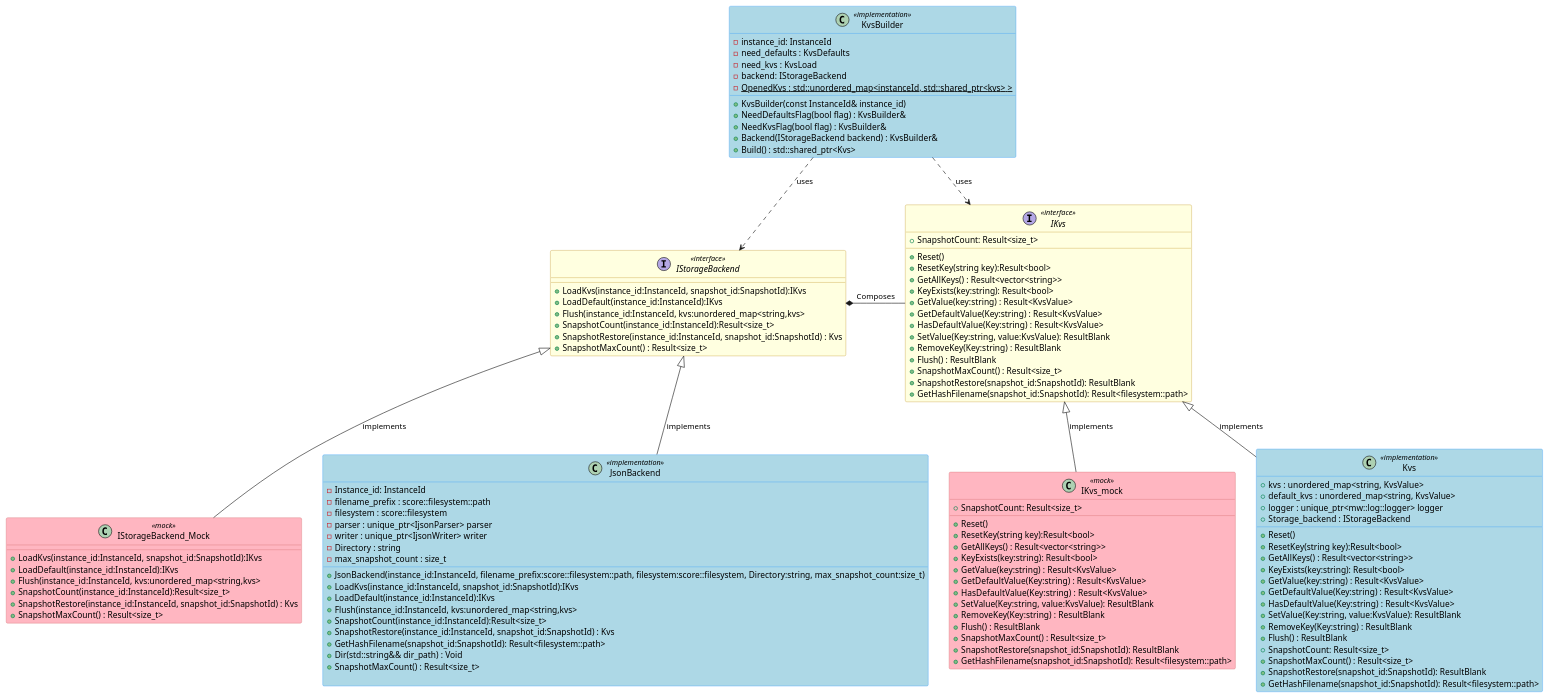
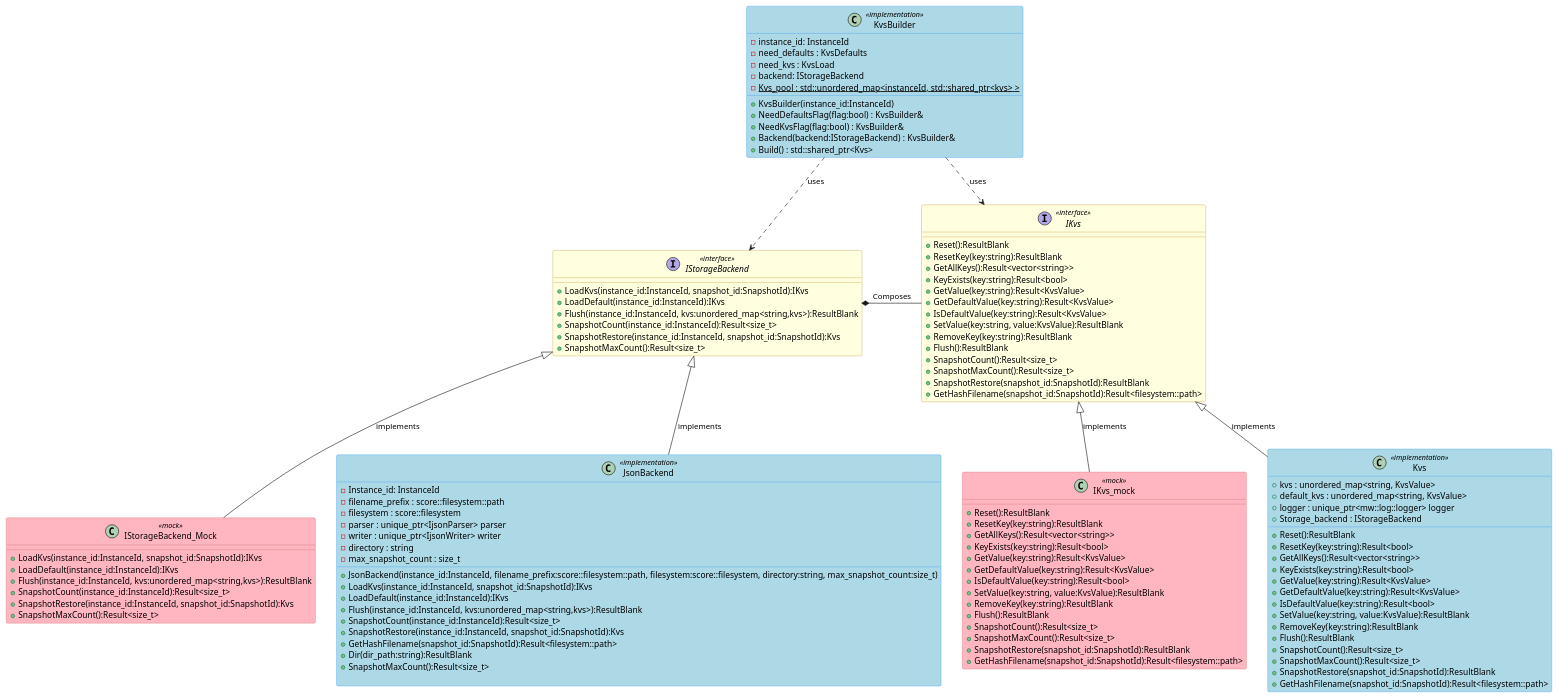
Before and after one commit to Ahmed-Elsaka-JC/inc_mw_per: the diagram in docs/Design/class_diagram_cpp.puml, drawn with PlantUML.

Commit message:
fix review points

```diff
--- a/docs/Design/class_diagram_cpp.puml
+++ b/docs/Design/class_diagram_cpp.puml
@@ -1,143 +1,143 @@
 @startuml ScorePersistencyKvsDesign
 
 ' Define color schemes matching original design
 skinparam class {
     BackgroundColor<<interface>> LightYellow
     BorderColor<<interface>> DarkGoldenRod
     BackgroundColor<<implementation>> LightBlue
     BorderColor<<implementation>> DodgerBlue
     BackgroundColor<<mock>> LightPink
     BorderColor<<mock>> IndianRed
 }
 
 class KvsBuilder <<implementation>> {
     - instance_id: InstanceId
     - need_defaults : KvsDefaults
     - need_kvs : KvsLoad
     - backend: IStorageBackend
-    - {static} OpenedKvs : std::unordered_map<instanceId, std::shared_ptr<kvs> >
+    - {static} Kvs_pool : std::unordered_map<instanceId, std::shared_ptr<kvs> >
     __
-    + KvsBuilder(const InstanceId& instance_id)
-    + NeedDefaultsFlag(bool flag) : KvsBuilder&
-    + NeedKvsFlag(bool flag) : KvsBuilder&
-    + Backend(IStorageBackend backend) : KvsBuilder&
+    + KvsBuilder(instance_id:InstanceId)
+    + NeedDefaultsFlag(flag:bool) : KvsBuilder&
+    + NeedKvsFlag(flag:bool) : KvsBuilder&
+    + Backend(backend:IStorageBackend) : KvsBuilder&
     + Build() : std::shared_ptr<Kvs>
 }
 
 
 
 interface IStorageBackend <<interface>> {
     + LoadKvs(instance_id:InstanceId, snapshot_id:SnapshotId):IKvs
     + LoadDefault(instance_id:InstanceId):IKvs
-    + Flush(instance_id:InstanceId, kvs:unordered_map<string,kvs>
+    + Flush(instance_id:InstanceId, kvs:unordered_map<string,kvs>):ResultBlank
     + SnapshotCount(instance_id:InstanceId):Result<size_t>
-    + SnapshotRestore(instance_id:InstanceId, snapshot_id:SnapshotId) : Kvs
-    + SnapshotMaxCount() : Result<size_t>
+    + SnapshotRestore(instance_id:InstanceId, snapshot_id:SnapshotId):Kvs
+    + SnapshotMaxCount():Result<size_t>
 }
 
 interface IKvs <<interface>> {
-    + Reset()
-    + ResetKey(string key):Result<bool>
-    + GetAllKeys() : Result<vector<string>>
-    + KeyExists(key:string): Result<bool>
-    + GetValue(key:string) : Result<KvsValue>
-    + GetDefaultValue(Key:string) : Result<KvsValue>
-    + HasDefaultValue(Key:string) : Result<KvsValue>
-    + SetValue(Key:string, value:KvsValue): ResultBlank
-    + RemoveKey(Key:string) : ResultBlank
-    + Flush() : ResultBlank
-    + SnapshotCount: Result<size_t>
-    + SnapshotMaxCount() : Result<size_t>
-    + SnapshotRestore(snapshot_id:SnapshotId): ResultBlank
-    + GetHashFilename(snapshot_id:SnapshotId): Result<filesystem::path>
+    + Reset():ResultBlank
+    + ResetKey(key:string):ResultBlank
+    + GetAllKeys():Result<vector<string>>
+    + KeyExists(key:string):Result<bool>
+    + GetValue(key:string):Result<KvsValue>
+    + GetDefaultValue(key:string):Result<KvsValue>
+    + IsDefaultValue(key:string):Result<KvsValue>
+    + SetValue(key:string, value:KvsValue):ResultBlank
+    + RemoveKey(key:string):ResultBlank
+    + Flush():ResultBlank
+    + SnapshotCount():Result<size_t>
+    + SnapshotMaxCount():Result<size_t>
+    + SnapshotRestore(snapshot_id:SnapshotId):ResultBlank
+    + GetHashFilename(snapshot_id:SnapshotId):Result<filesystem::path>
 }
 
 
 IStorageBackend -[hidden]right- IKvs
 IStorageBackend_Mock -[hidden]right- JsonBackend
 JsonBackend -[hidden]right- IKvs_mock
 IKvs_mock -[hidden]right- Kvs
 
 
 class IStorageBackend_Mock <<mock>> {
     + LoadKvs(instance_id:InstanceId, snapshot_id:SnapshotId):IKvs
     + LoadDefault(instance_id:InstanceId):IKvs
-    + Flush(instance_id:InstanceId, kvs:unordered_map<string,kvs>
+    + Flush(instance_id:InstanceId, kvs:unordered_map<string,kvs>):ResultBlank
     + SnapshotCount(instance_id:InstanceId):Result<size_t>
-    + SnapshotRestore(instance_id:InstanceId, snapshot_id:SnapshotId) : Kvs
-    + SnapshotMaxCount() : Result<size_t>
+    + SnapshotRestore(instance_id:InstanceId, snapshot_id:SnapshotId):Kvs
+    + SnapshotMaxCount():Result<size_t>
 }
 
 class JsonBackend <<implementation>> {
     - Instance_id: InstanceId
     - filename_prefix : score::filesystem::path
     - filesystem : score::filesystem
     - parser : unique_ptr<IjsonParser> parser
     - writer : unique_ptr<IjsonWriter> writer
-    - Directory : string
+    - directory : string
     - max_snapshot_count : size_t
     __
-    + JsonBackend(instance_id:InstanceId, filename_prefix:score::filesystem::path, filesystem:score::filesystem, Directory:string, max_snapshot_count:size_t)
+    + JsonBackend(instance_id:InstanceId, filename_prefix:score::filesystem::path, filesystem:score::filesystem, directory:string, max_snapshot_count:size_t)
     + LoadKvs(instance_id:InstanceId, snapshot_id:SnapshotId):IKvs
     + LoadDefault(instance_id:InstanceId):IKvs
-    + Flush(instance_id:InstanceId, kvs:unordered_map<string,kvs>
+    + Flush(instance_id:InstanceId, kvs:unordered_map<string,kvs>):ResultBlank
     + SnapshotCount(instance_id:InstanceId):Result<size_t>
-    + SnapshotRestore(instance_id:InstanceId, snapshot_id:SnapshotId) : Kvs
-    + GetHashFilename(snapshot_id:SnapshotId): Result<filesystem::path>
-    + Dir(std::string&& dir_path) : Void
-    + SnapshotMaxCount() : Result<size_t>
+    + SnapshotRestore(instance_id:InstanceId, snapshot_id:SnapshotId):Kvs
+    + GetHashFilename(snapshot_id:SnapshotId):Result<filesystem::path>
+    + Dir(dir_path:string):ResultBlank
+    + SnapshotMaxCount():Result<size_t>
 
 }
 
 class IKvs_mock <<mock>> {
-    + Reset()
-    + ResetKey(string key):Result<bool>
-    + GetAllKeys() : Result<vector<string>>
-    + KeyExists(key:string): Result<bool>
-    + GetValue(key:string) : Result<KvsValue>
-    + GetDefaultValue(Key:string) : Result<KvsValue>
-    + HasDefaultValue(Key:string) : Result<KvsValue>
-    + SetValue(Key:string, value:KvsValue): ResultBlank
-    + RemoveKey(Key:string) : ResultBlank
-    + Flush() : ResultBlank
-    + SnapshotCount: Result<size_t>
-    + SnapshotMaxCount() : Result<size_t>
-    + SnapshotRestore(snapshot_id:SnapshotId): ResultBlank
-    + GetHashFilename(snapshot_id:SnapshotId): Result<filesystem::path>
+    + Reset():ResultBlank
+    + ResetKey(key:string):ResultBlank
+    + GetAllKeys():Result<vector<string>>
+    + KeyExists(key:string):Result<bool>
+    + GetValue(key:string):Result<KvsValue>
+    + GetDefaultValue(key:string):Result<KvsValue>
+    + IsDefaultValue(key:string):Result<bool>
+    + SetValue(key:string, value:KvsValue):ResultBlank
+    + RemoveKey(key:string):ResultBlank
+    + Flush():ResultBlank
+    + SnapshotCount():Result<size_t>
+    + SnapshotMaxCount():Result<size_t>
+    + SnapshotRestore(snapshot_id:SnapshotId):ResultBlank
+    + GetHashFilename(snapshot_id:SnapshotId):Result<filesystem::path>
 }
 
 class Kvs <<implementation>> {
     + kvs : unordered_map<string, KvsValue>
     + default_kvs : unordered_map<string, KvsValue>
     + logger : unique_ptr<mw::log::logger> logger
     + Storage_backend : IStorageBackend
     __
-    + Reset()
-    + ResetKey(string key):Result<bool>
-    + GetAllKeys() : Result<vector<string>>
-    + KeyExists(key:string): Result<bool>
-    + GetValue(key:string) : Result<KvsValue>
-    + GetDefaultValue(Key:string) : Result<KvsValue>
-    + HasDefaultValue(Key:string) : Result<KvsValue>
-    + SetValue(Key:string, value:KvsValue): ResultBlank
-    + RemoveKey(Key:string) : ResultBlank
-    + Flush() : ResultBlank
-    + SnapshotCount: Result<size_t>
-    + SnapshotMaxCount() : Result<size_t>
-    + SnapshotRestore(snapshot_id:SnapshotId): ResultBlank
-    + GetHashFilename(snapshot_id:SnapshotId): Result<filesystem::path>
+    + Reset():ResultBlank
+    + ResetKey(key:string):Result<bool>
+    + GetAllKeys():Result<vector<string>>
+    + KeyExists(key:string):Result<bool>
+    + GetValue(key:string):Result<KvsValue>
+    + GetDefaultValue(key:string):Result<KvsValue>
+    + IsDefaultValue(key:string):Result<bool>
+    + SetValue(key:string, value:KvsValue):ResultBlank
+    + RemoveKey(key:string):ResultBlank
+    + Flush():ResultBlank
+    + SnapshotCount():Result<size_t>
+    + SnapshotMaxCount():Result<size_t>
+    + SnapshotRestore(snapshot_id:SnapshotId):ResultBlank
+    + GetHashFilename(snapshot_id:SnapshotId):Result<filesystem::path>
 }
 
 ' Relationships
 IStorageBackend_Mock -up-|> IStorageBackend : implements
 JsonBackend -up-|> IStorageBackend : implements
 IKvs_mock -up-|> IKvs : implements
 Kvs -up-|> IKvs : implements
 
 ' Dependencies
 KvsBuilder ..> IStorageBackend : uses
 KvsBuilder ..> IKvs : uses
 IStorageBackend *-- IKvs : Composes
 
 
 @enduml
```
